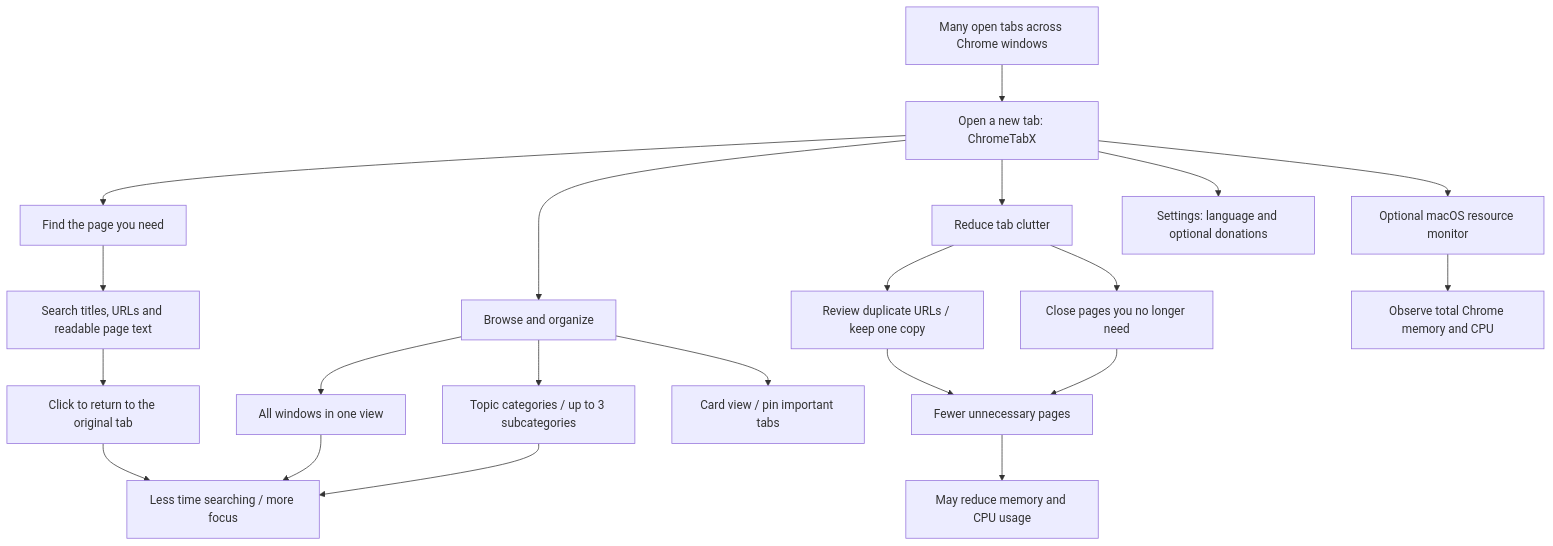
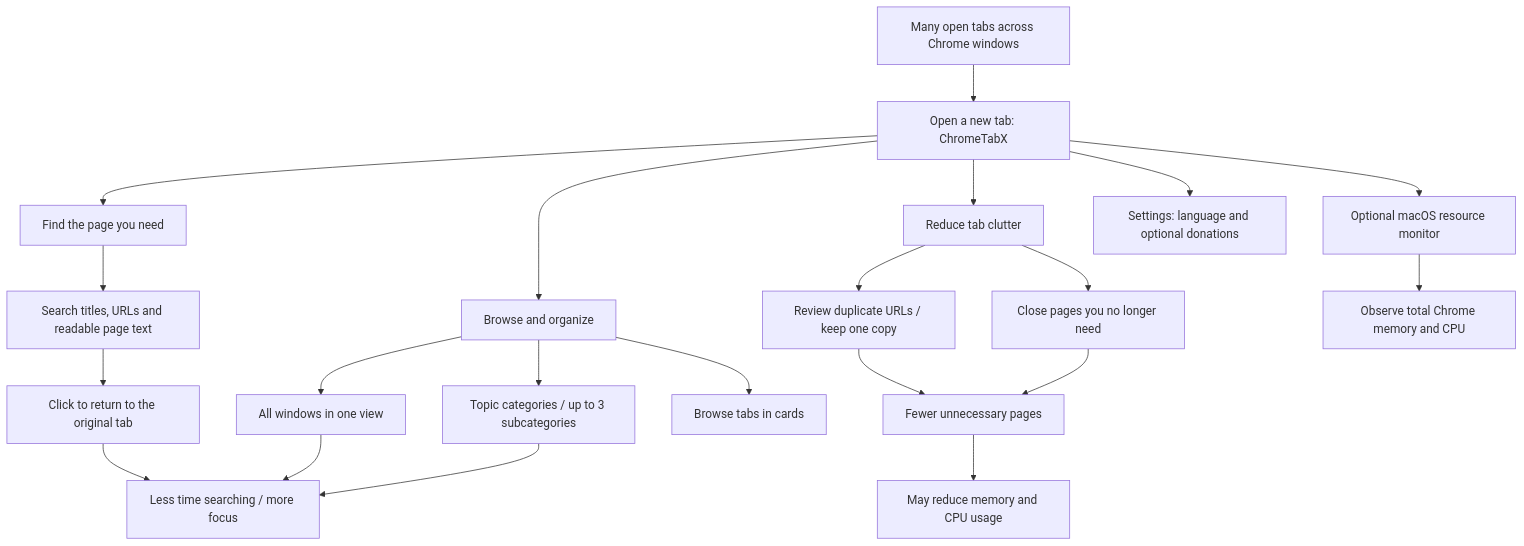
One commit to anzai3/ChromeTabX changed the diagram in README.md. Above: the diagram before and after it, drawn with Mermaid. The commit also changed other lines of this file and 6 other files, not shown here.

Commit message:
Remove pin action from tab cards

````diff
--- a/README.md
+++ b/README.md
@@ -21,23 +21,23 @@
 ```mermaid
 flowchart TD
     A[Many open tabs across Chrome windows] --> B[Open a new tab: ChromeTabX]
     B --> C[Find the page you need]
     B --> D[Browse and organize]
     B --> E[Reduce tab clutter]
     C --> C1[Search titles, URLs and readable page text]
     C1 --> C2[Click to return to the original tab]
     D --> D1[All windows in one view]
     D --> D2[Topic categories / up to 3 subcategories]
-    D --> D3[Card view / pin important tabs]
+    D --> D3[Browse tabs in cards]
     E --> E1[Review duplicate URLs / keep one copy]
     E --> E2[Close pages you no longer need]
     C2 --> F[Less time searching / more focus]
     D1 --> F
     D2 --> F
     E1 --> G[Fewer unnecessary pages]
     E2 --> G
     G --> H[May reduce memory and CPU usage]
     B --> I[Optional macOS resource monitor]
     I --> J[Observe total Chrome memory and CPU]
     B --> K[Settings: language and optional donations]
 ```
````
